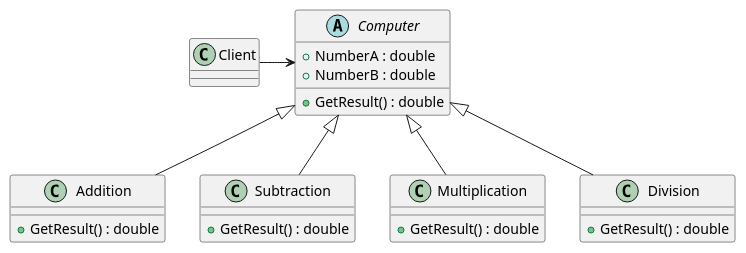
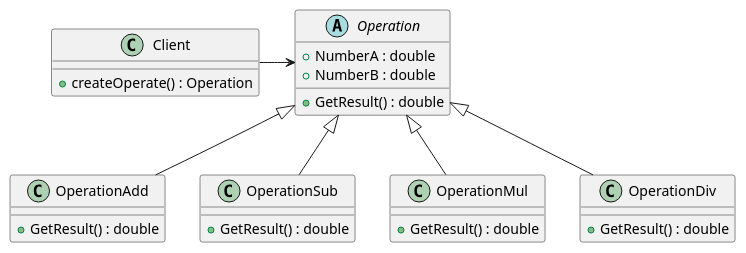
Before and after one commit to zzyAJohn/ajohn.top: the second of 2 diagrams in docs/design_pattern/4.Open-Closed.md, drawn with PlantUML. The commit also changed other lines of this file, not shown here.

Commit message:
docs: refactor Open-Closed Principle example to use consistent class naming and improve UML diagram clarity

```diff
--- a/docs/design_pattern/4.Open-Closed.md
+++ b/docs/design_pattern/4.Open-Closed.md
@@ -35,41 +35,41 @@
 @startuml
 
 class Client {
   
-
+    +createOperate() : Operation
 }
 
-abstract class Computer {
+abstract class Operation {
   +NumberA : double
   +NumberB : double
   +GetResult() : double
 }
 
-class Addition {
+class OperationAdd {
   
   +GetResult() : double
 }
 
-class Subtraction {
+class OperationSub {
   
   +GetResult() : double
 }
 
-class Multiplication {
+class OperationMul {
   
   +GetResult() : double
 }
 
-class Division {
+class OperationDiv {
   
   +GetResult() : double
 }
 
-Client -> Computer
-Computer <|-- Addition
-Computer <|-- Subtraction
-Computer <|-- Multiplication
-Computer <|-- Division
+Client -> Operation
+Operation <|-- OperationAdd
+Operation <|-- OperationSub
+Operation <|-- OperationMul
+Operation <|-- OperationDiv
 
 
 @enduml
```
